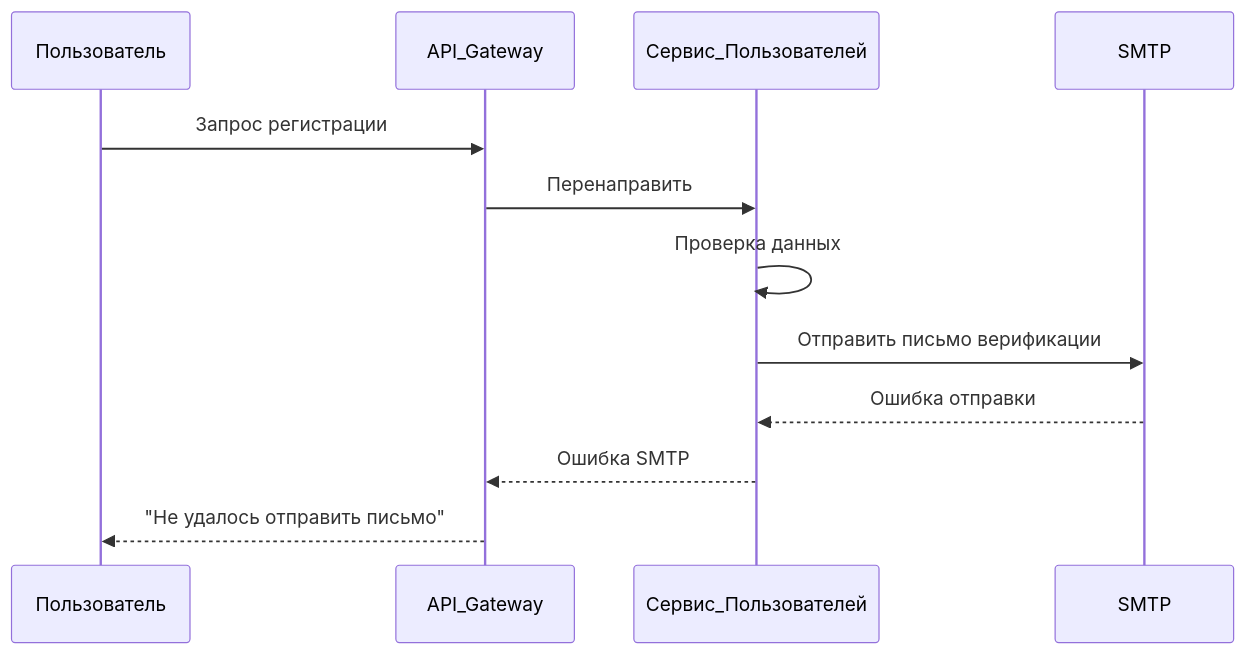
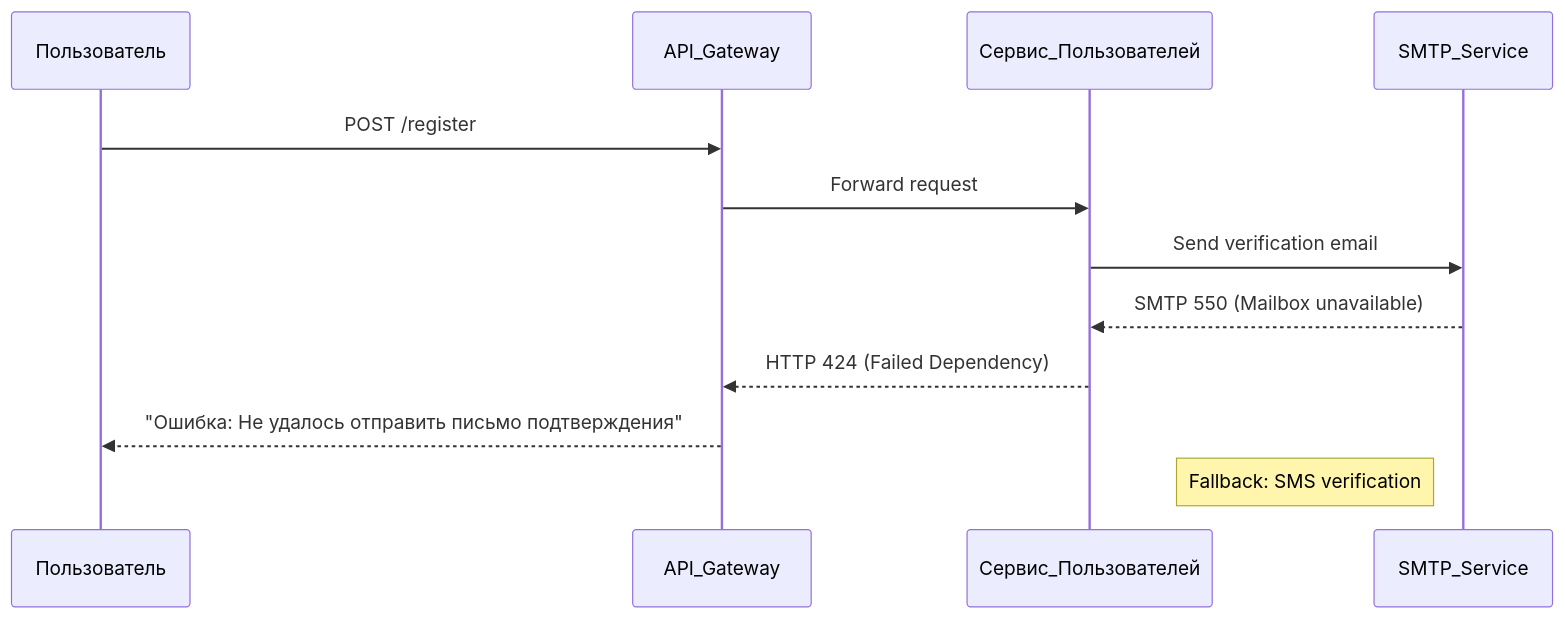
Before and after one commit to andreyantropov/architect-coursework: the fourth of 8 diagrams in architecture/critical-business-processes.md, drawn with Mermaid. The commit also changed other lines of this file, not shown here.

````diff
--- a/architecture/critical-business-processes.md
+++ b/architecture/critical-business-processes.md
@@ -44,15 +47,15 @@
 ```mermaid
 sequenceDiagram
     participant Пользователь
     participant API_Gateway
     participant Сервис_Пользователей
-    participant SMTP
+    participant SMTP_Service
     
-    Пользователь->>API_Gateway: Запрос регистрации
-    API_Gateway->>Сервис_Пользователей: Перенаправить
-    Сервис_Пользователей->>Сервис_Пользователей: Проверка данных
-    Сервис_Пользователей->>SMTP: Отправить письмо верификации
-    SMTP-->>Сервис_Пользователей: Ошибка отправки
-    Сервис_Пользователей-->>API_Gateway: Ошибка SMTP
-    API_Gateway-->>Пользователь: "Не удалось отправить письмо"
+    Пользователь->>API_Gateway: POST /register
+    API_Gateway->>Сервис_Пользователей: Forward request
+    Сервис_Пользователей->>SMTP_Service: Send verification email
+    SMTP_Service-->>Сервис_Пользователей: SMTP 550 (Mailbox unavailable)
+    Сервис_Пользователей-->>API_Gateway: HTTP 424 (Failed Dependency)
+    API_Gateway-->>Пользователь: "Ошибка: Не удалось отправить письмо подтверждения"
+    note left of SMTP_Service: Fallback: SMS verification
 ```
````
